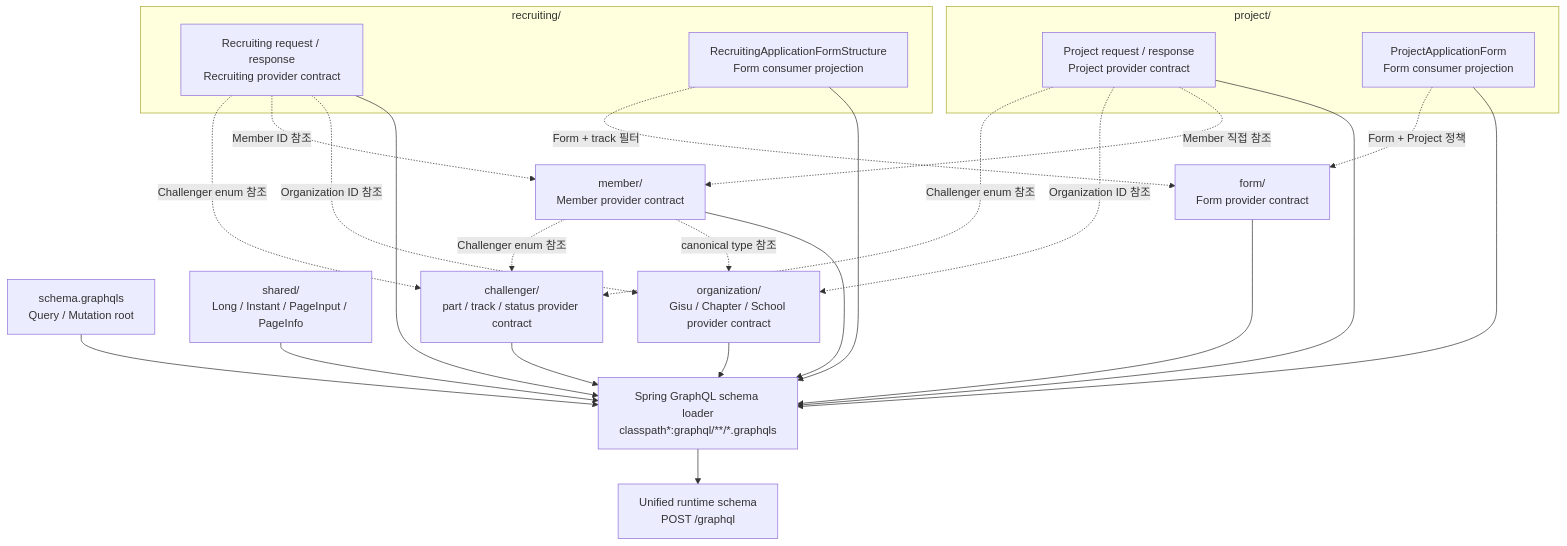
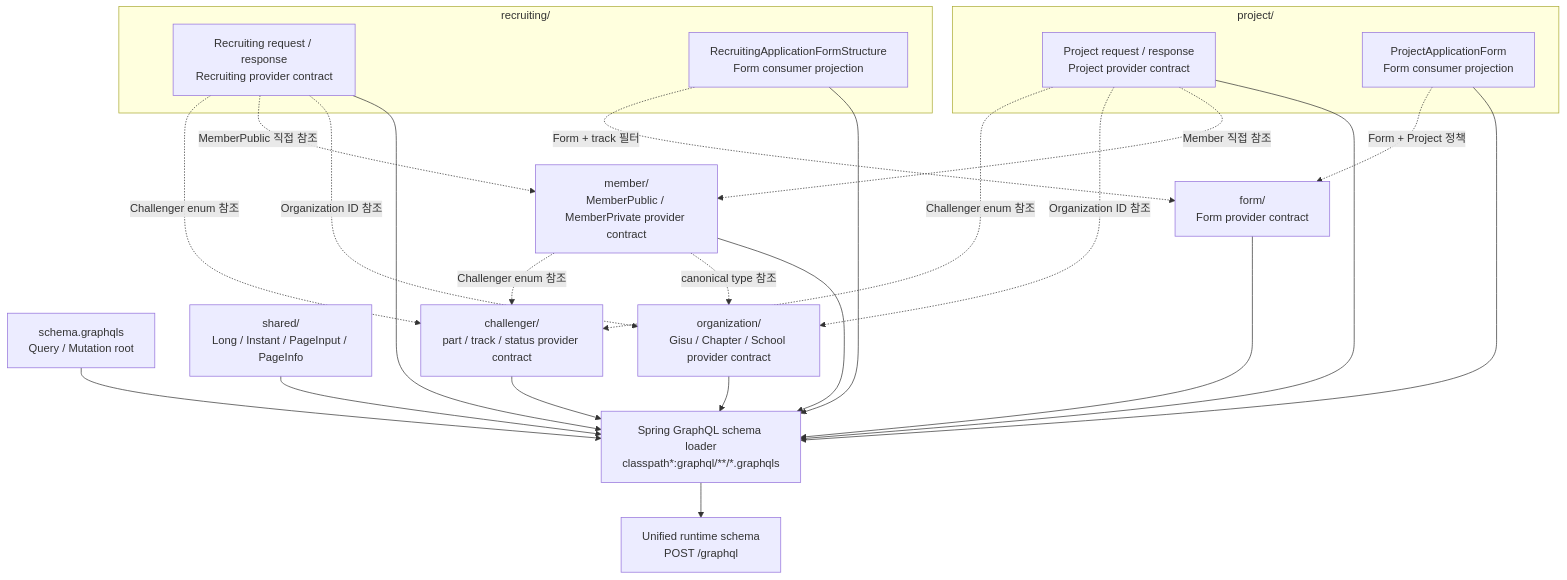
Before and after one commit to UMC-PRODUCT/cygnus-server: the first of 5 diagrams in docs/onboarding/graphql/schema-relationships.md, drawn with Mermaid. The commit also changed other lines of this file and 151 other files, not shown here.

Commit message:
refactor: GraphQL canonical resource 구조 재설계

````diff
--- a/docs/onboarding/graphql/schema-relationships.md
+++ b/docs/onboarding/graphql/schema-relationships.md
@@ -8,42 +8,42 @@
 ```mermaid
 flowchart TB
   Root["schema.graphqls<br/>Query / Mutation root"]
   Shared["shared/<br/>Long / Instant / PageInput / PageInfo"]
   Challenger["challenger/<br/>part / track / status provider contract"]
   Form["form/<br/>Form provider contract"]
   Organization["organization/<br/>Gisu / Chapter / School provider contract"]
-  Member["member/<br/>Member provider contract"]
+  Member["member/<br/>MemberPublic / MemberPrivate provider contract"]
 
   subgraph ProjectIdl["project/"]
     Project["Project request / response<br/>Project provider contract"]
     ProjectForm["ProjectApplicationForm<br/>Form consumer projection"]
   end
 
   subgraph RecruitingIdl["recruiting/"]
     Recruiting["Recruiting request / response<br/>Recruiting provider contract"]
     RecruitingForm["RecruitingApplicationFormStructure<br/>Form consumer projection"]
   end
 
   Root --> Loader["Spring GraphQL schema loader<br/>classpath*:graphql/**/*.graphqls"]
   Shared --> Loader
   Challenger --> Loader
   Form --> Loader
   Organization --> Loader
   Member --> Loader
   Project --> Loader
   ProjectForm --> Loader
   Recruiting --> Loader
   RecruitingForm --> Loader
   Loader --> Schema["Unified runtime schema<br/>POST /graphql"]
 
   Member -. "canonical type 참조" .-> Organization
   Member -. "Challenger enum 참조" .-> Challenger
   Project -. "Member 직접 참조" .-> Member
   Project -. "Organization ID 참조" .-> Organization
   Project -. "Challenger enum 참조" .-> Challenger
   ProjectForm -. "Form + Project 정책" .-> Form
   Recruiting -. "Organization ID 참조" .-> Organization
-  Recruiting -. "Member ID 참조" .-> Member
+  Recruiting -. "MemberPublic 직접 참조" .-> Member
   Recruiting -. "Challenger enum 참조" .-> Challenger
   RecruitingForm -. "Form + track 필터" .-> Form
 ```
````
